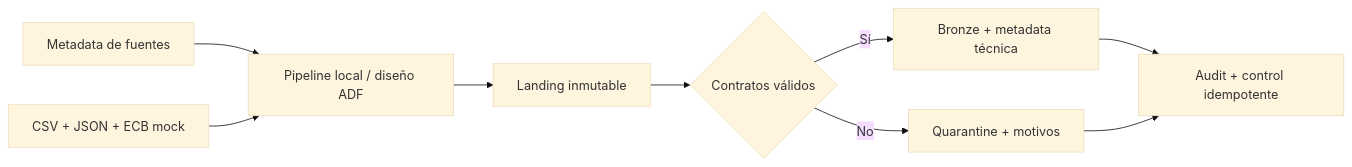
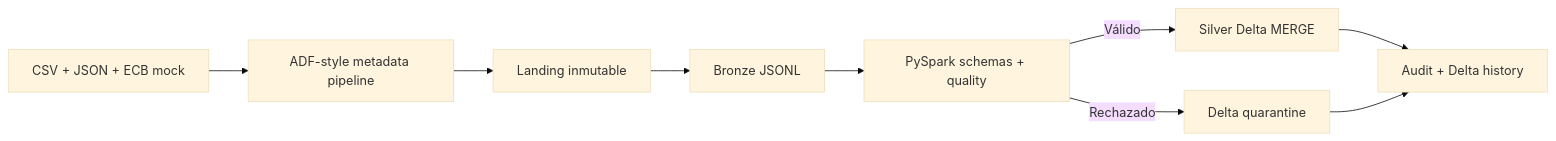
The diagram in 23-azure-adf-databricks-bank-fx/README.md (franciscosalaspla/data-engineering-portfolio), drawn with Mermaid (base theme) before and after one commit. The commit also changed other lines of this file and 24 other files, not shown here.

Commit message:
feat(project-23): add PySpark Delta Silver pipeline

````diff
--- a/23-azure-adf-databricks-bank-fx/README.md
+++ b/23-azure-adf-databricks-bank-fx/README.md
@@ -38,11 +36,11 @@
 ```mermaid
 flowchart LR
-    C["Metadata de fuentes"] --> P["Pipeline local / diseño ADF"]
-    S["CSV + JSON + ECB mock"] --> P
-    P --> L["Landing inmutable"]
-    L --> V{"Contratos válidos"}
-    V -->|Sí| B["Bronze + metadata técnica"]
-    V -->|No| Q["Quarantine + motivos"]
-    B --> A["Audit + control idempotente"]
-    Q --> A
+    S["CSV + JSON + ECB mock"] --> A["ADF-style metadata pipeline"]
+    A --> L["Landing inmutable"]
+    L --> B["Bronze JSONL"]
+    B --> P["PySpark schemas + quality"]
+    P -->|Válido| D["Silver Delta MERGE"]
+    P -->|Rechazado| Q["Delta quarantine"]
+    D --> U["Audit + Delta history"]
+    Q --> U
 ```
````
